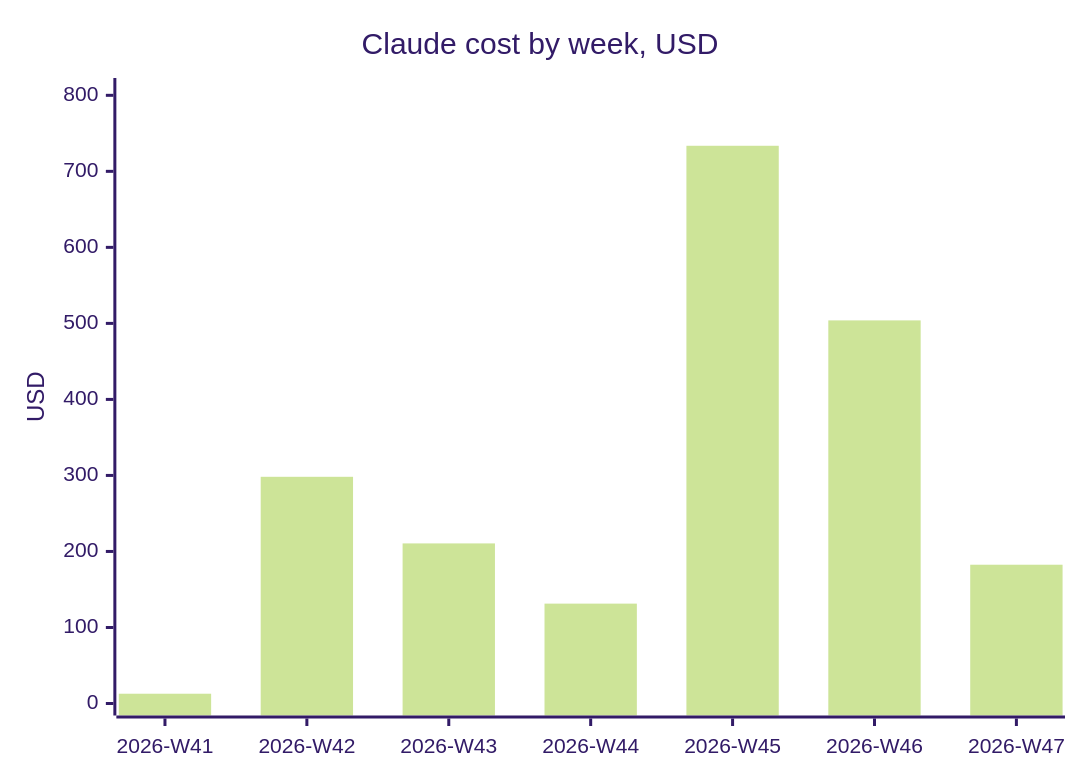
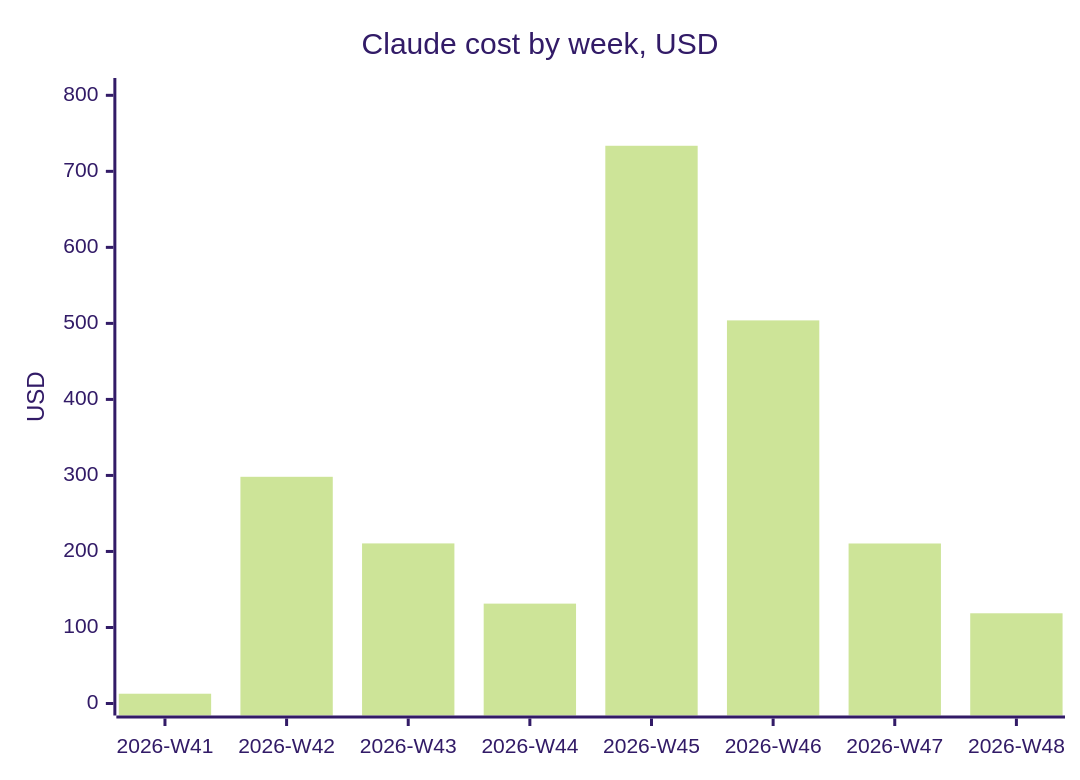
The third of 3 diagrams in docs/build_cost.md (eyalgo/ka-reader), drawn with Mermaid (forest theme) before and after one commit. The commit also changed other lines of this file, not shown here.

````diff
--- a/docs/build_cost.md
+++ b/docs/build_cost.md
@@ -136,7 +137,7 @@
 ```mermaid
 xychart-beta
     title "Claude cost by week, USD"
-    x-axis ["2026-W41", "2026-W42", "2026-W43", "2026-W44", "2026-W45", "2026-W46", "2026-W47"]
+    x-axis ["2026-W41", "2026-W42", "2026-W43", "2026-W44", "2026-W45", "2026-W46", "2026-W47", "2026-W48"]
     y-axis "USD" 0 --> 807
-    bar [12.86, 298.2, 210.58, 131.38, 733.64, 503.94, 182.55]
+    bar [12.86, 298.2, 210.58, 131.38, 733.64, 503.94, 210.48, 118.67]
 ```
````
